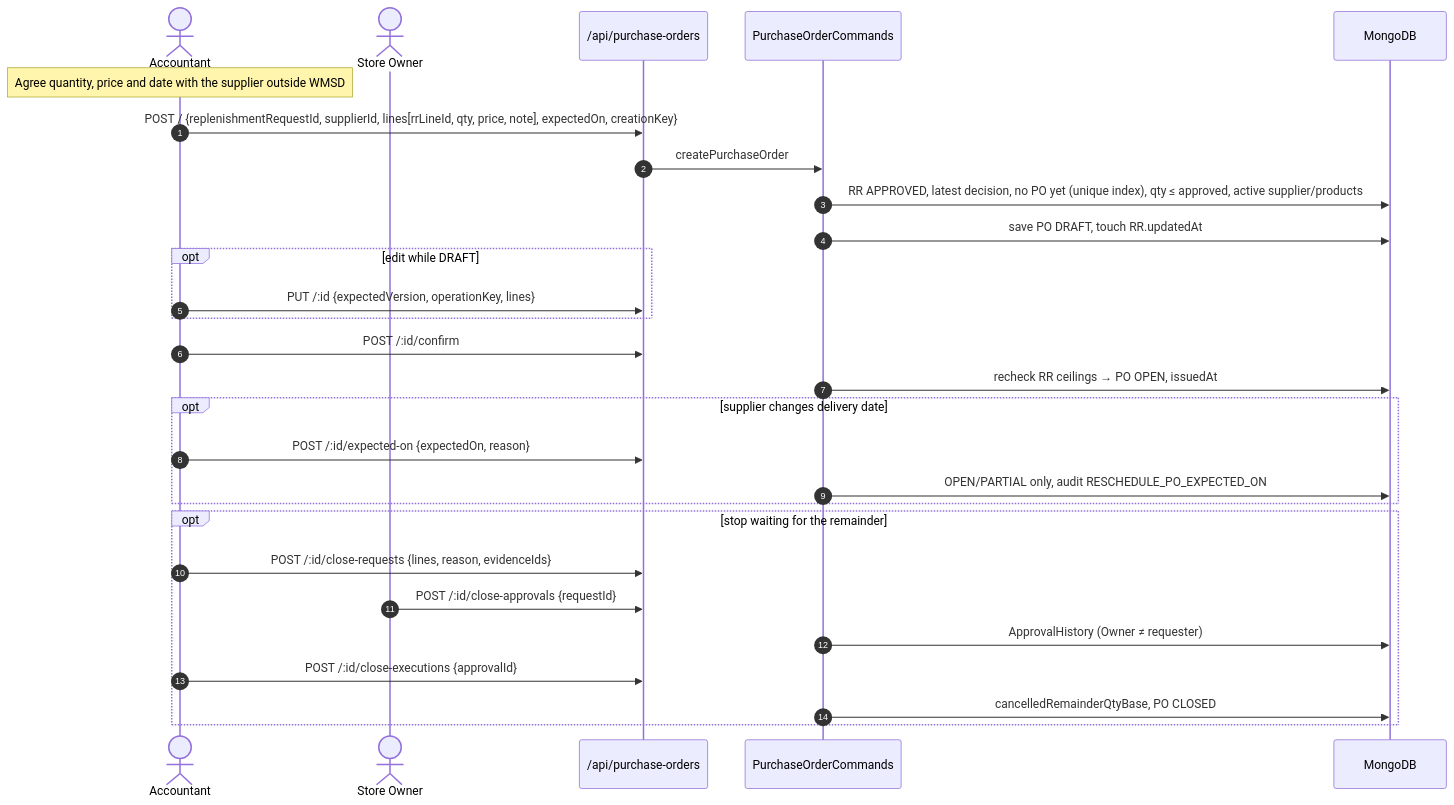
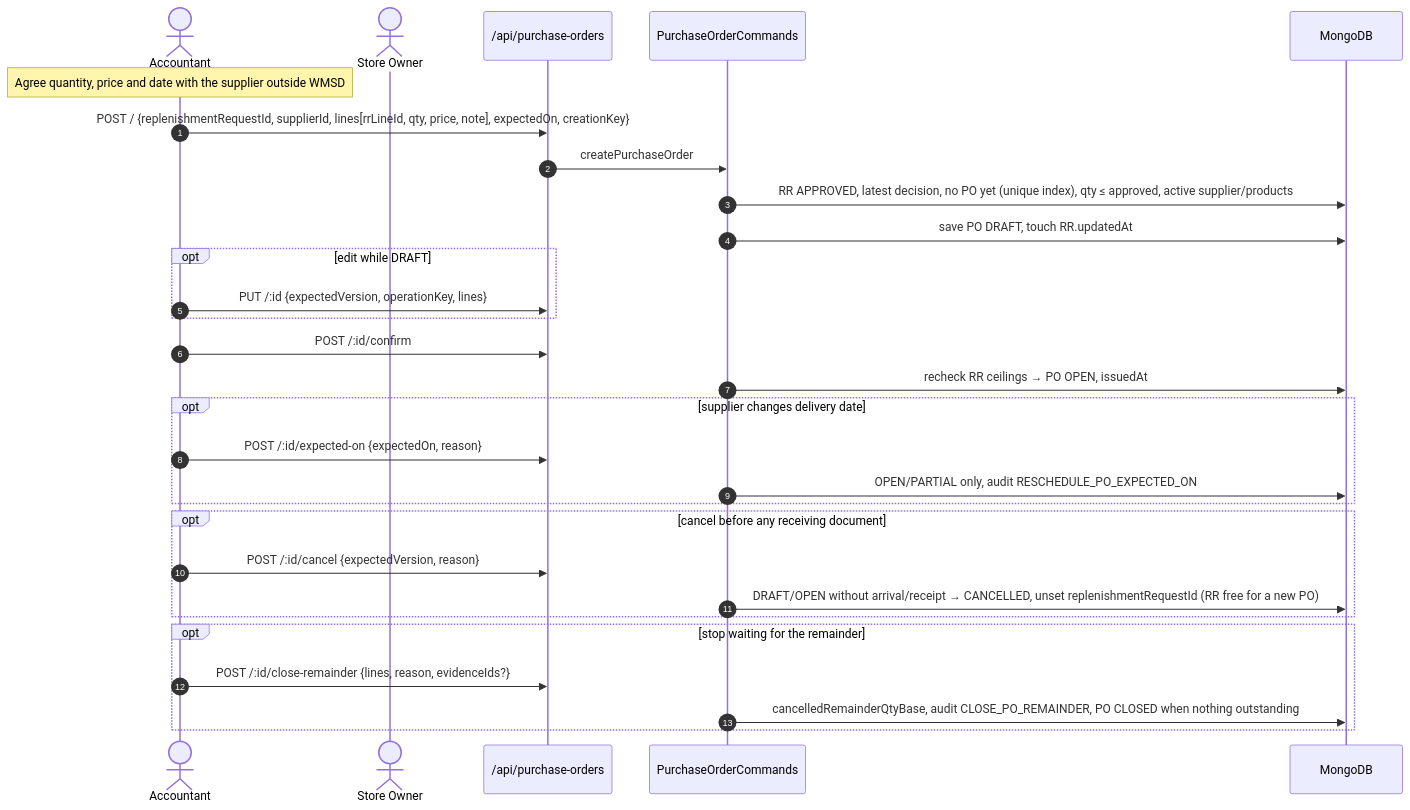
The ninth of 31 diagrams in git_doc/docs/01_bao_cao/WMSD_Report4_Draft.md (bupbalabup/wmsd_be), drawn with Mermaid before and after one commit. The commit also changed 33 other files, not shown here.

````diff
--- a/git_doc/docs/01_bao_cao/WMSD_Report4_Draft.md
+++ b/git_doc/docs/01_bao_cao/WMSD_Report4_Draft.md
@@ -2167,30 +2167,31 @@
 ```mermaid
 sequenceDiagram
   autonumber
   actor A as Accountant
   actor O as Store Owner
   participant API as /api/purchase-orders
   participant PC as PurchaseOrderCommands
   participant DB as MongoDB
   Note over A: Agree quantity, price and date with the supplier outside WMSD
   A->>API: POST / {replenishmentRequestId, supplierId, lines[rrLineId, qty, price, note], expectedOn, creationKey}
   API->>PC: createPurchaseOrder
   PC->>DB: RR APPROVED, latest decision, no PO yet (unique index), qty ≤ approved, active supplier/products
   PC->>DB: save PO DRAFT, touch RR.updatedAt
   opt edit while DRAFT
     A->>API: PUT /:id {expectedVersion, operationKey, lines}
   end
   A->>API: POST /:id/confirm
   PC->>DB: recheck RR ceilings → PO OPEN, issuedAt
   opt supplier changes delivery date
     A->>API: POST /:id/expected-on {expectedOn, reason}
     PC->>DB: OPEN/PARTIAL only, audit RESCHEDULE_PO_EXPECTED_ON
   end
+  opt cancel before any receiving document
+    A->>API: POST /:id/cancel {expectedVersion, reason}
+    PC->>DB: DRAFT/OPEN without arrival/receipt → CANCELLED, unset replenishmentRequestId (RR free for a new PO)
+  end
   opt stop waiting for the remainder
-    A->>API: POST /:id/close-requests {lines, reason, evidenceIds}
-    O->>API: POST /:id/close-approvals {requestId}
-    PC->>DB: ApprovalHistory (Owner ≠ requester)
-    A->>API: POST /:id/close-executions {approvalId}
-    PC->>DB: cancelledRemainderQtyBase, PO CLOSED
+    A->>API: POST /:id/close-remainder {lines, reason, evidenceIds?}
+    PC->>DB: cancelledRemainderQtyBase, audit CLOSE_PO_REMAINDER, PO CLOSED when nothing outstanding
   end
 ```
````
